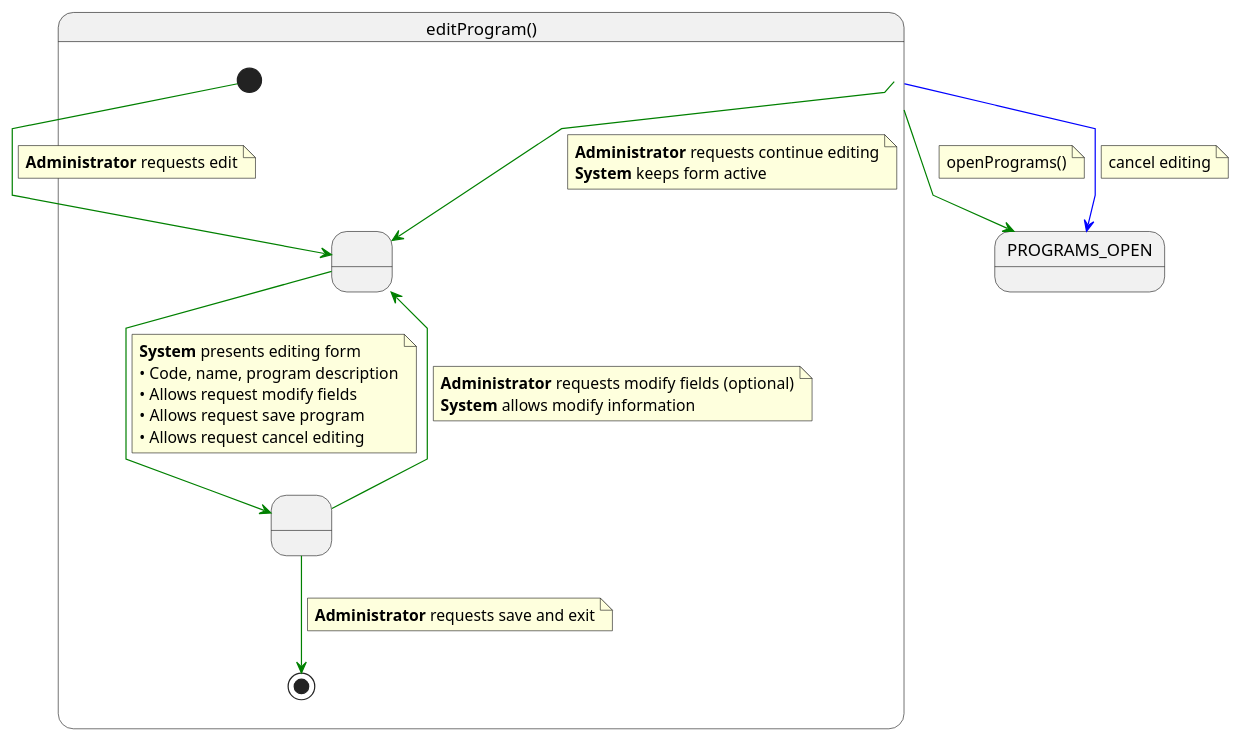
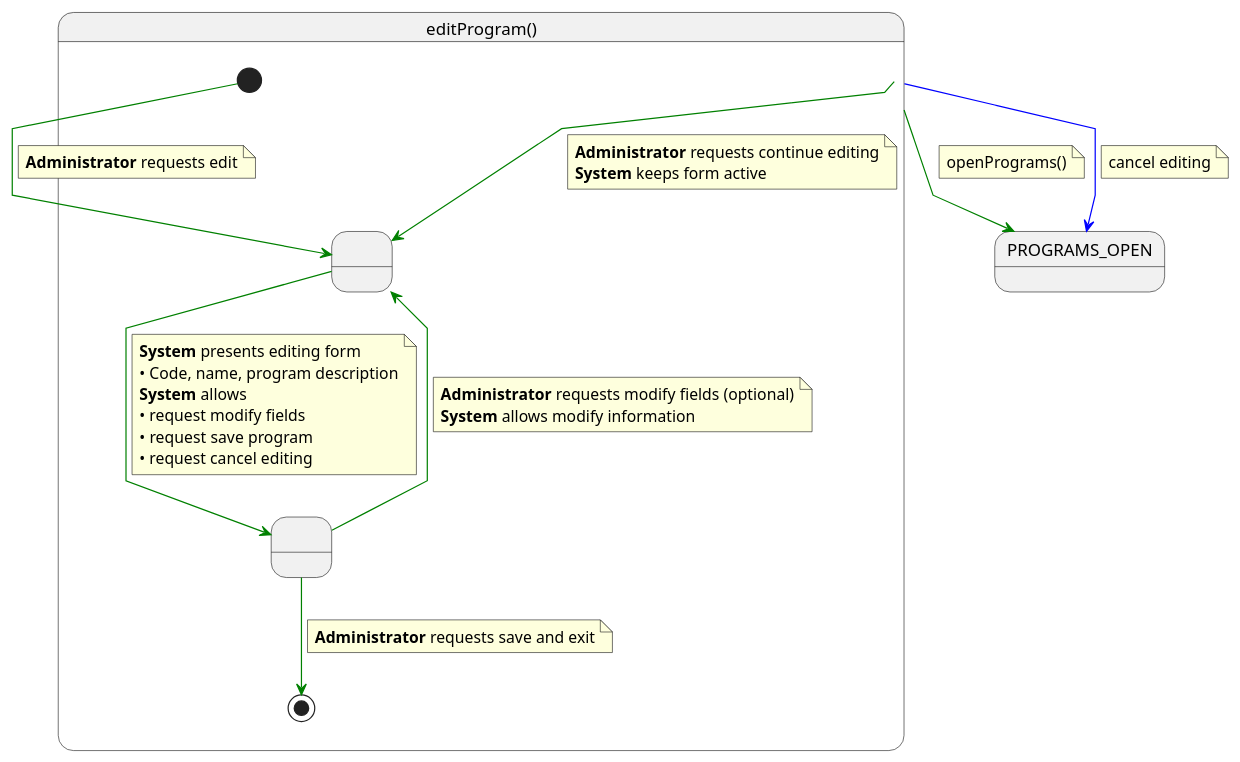
Before and after one commit to mmasias/pySigHor: the diagram in RUP/00-casos-uso/02-detalle/editProgram/especificacion.puml, drawn with PlantUML. The commit also changed 77 other files, not shown here.

```diff
--- a/RUP/00-casos-uso/02-detalle/editProgram/especificacion.puml
+++ b/RUP/00-casos-uso/02-detalle/editProgram/especificacion.puml
@@ -1,52 +1,53 @@
 @startuml editProgram
 
 skinparam linetype polyline
 
 state editProgram as "editProgram()" {
 
     state " " as EditingData
     state " " as SavingData
 
     [*] -[#green]-> EditingData 
     note on link
     <b>Administrator</b> requests edit
     end note    
     
     EditingData -[#green]-> SavingData
     note on link
     <b>System</b> presents editing form
     • Code, name, program description
-    • Allows request modify fields
-    • Allows request save program
-    • Allows request cancel editing
+    <b>System</b> allows
+    • request modify fields
+    • request save program
+    • request cancel editing
     end note
     
     SavingData -[#green]-> EditingData
     note on link
     <b>Administrator</b> requests modify fields (optional)
     <b>System</b> allows modify information
     end note
     
     SavingData -[#green]-> [*]
     note on link
     <b>Administrator</b> requests save and exit
     end note
 }
 
 editProgram -[#green]-> EditingData
 note on link
 <b>Administrator</b> requests continue editing
 <b>System</b> keeps form active
 end note
 
 editProgram -[#green]-> PROGRAMS_OPEN
 note on link
 openPrograms()
 end note
 
 editProgram -[#blue]-> PROGRAMS_OPEN
 note on link
 cancel editing
 end note
 
 @enduml
```
